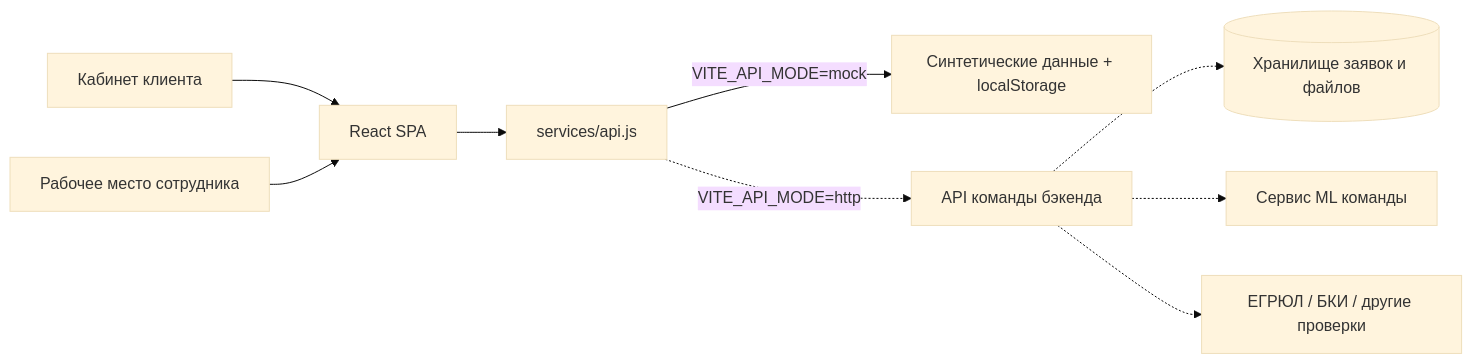
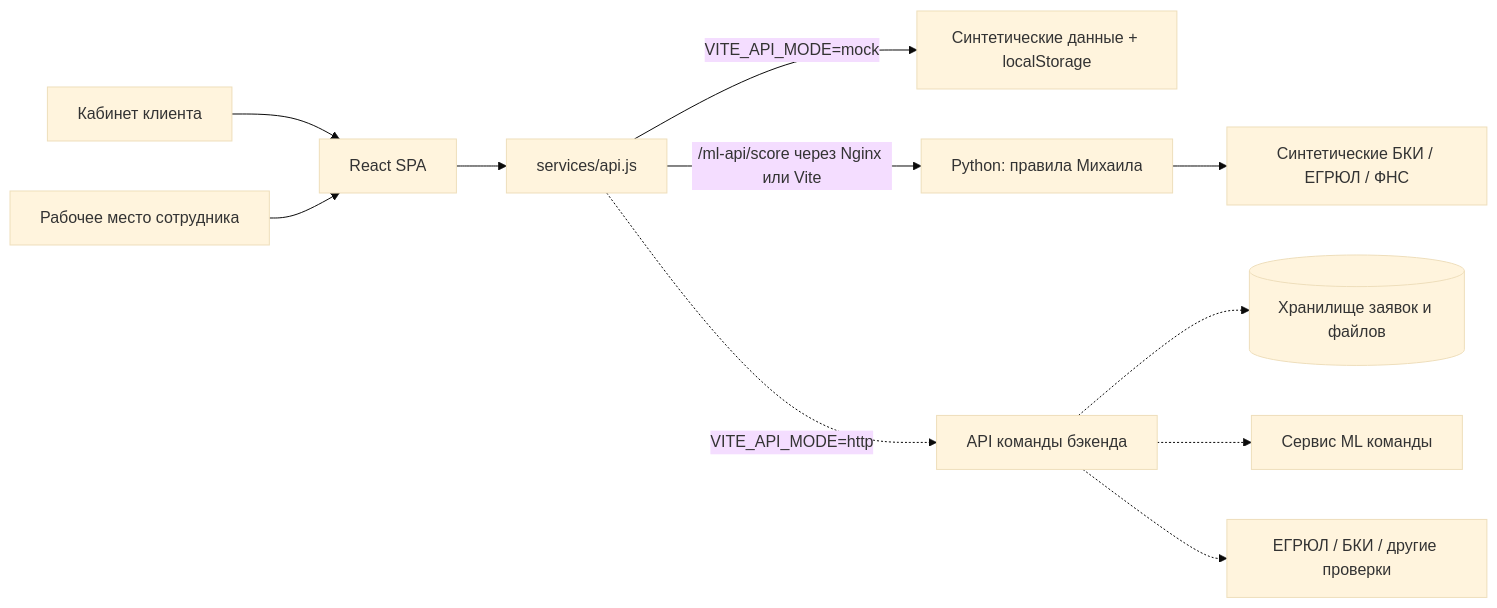
One commit to Churachok/milktower_523 changed the first of 2 diagrams in docs/architecture.md. Above: the diagram before and after it, drawn with Mermaid (base theme). The commit also changed other lines of this file and 37 other files, not shown here.

````diff
--- a/docs/architecture.md
+++ b/docs/architecture.md
@@ -13,11 +13,13 @@
 ```mermaid
 flowchart LR
   Client[Кабинет клиента] --> UI[React SPA]
   Employee[Рабочее место сотрудника] --> UI
   UI --> Adapter[services/api.js]
   Adapter -->|VITE_API_MODE=mock| Demo[Синтетические данные + localStorage]
+  Adapter -->|/ml-api/score через Nginx или Vite| Scoring[Python: правила Михаила]
+  Scoring --> Fixtures[Синтетические БКИ / ЕГРЮЛ / ФНС]
   Adapter -.->|VITE_API_MODE=http| API[API команды бэкенда]
   API -.-> DB[(Хранилище заявок и файлов)]
   API -.-> ML[Сервис ML команды]
   API -.-> Integrations[ЕГРЮЛ / БКИ / другие проверки]
 ```
````
